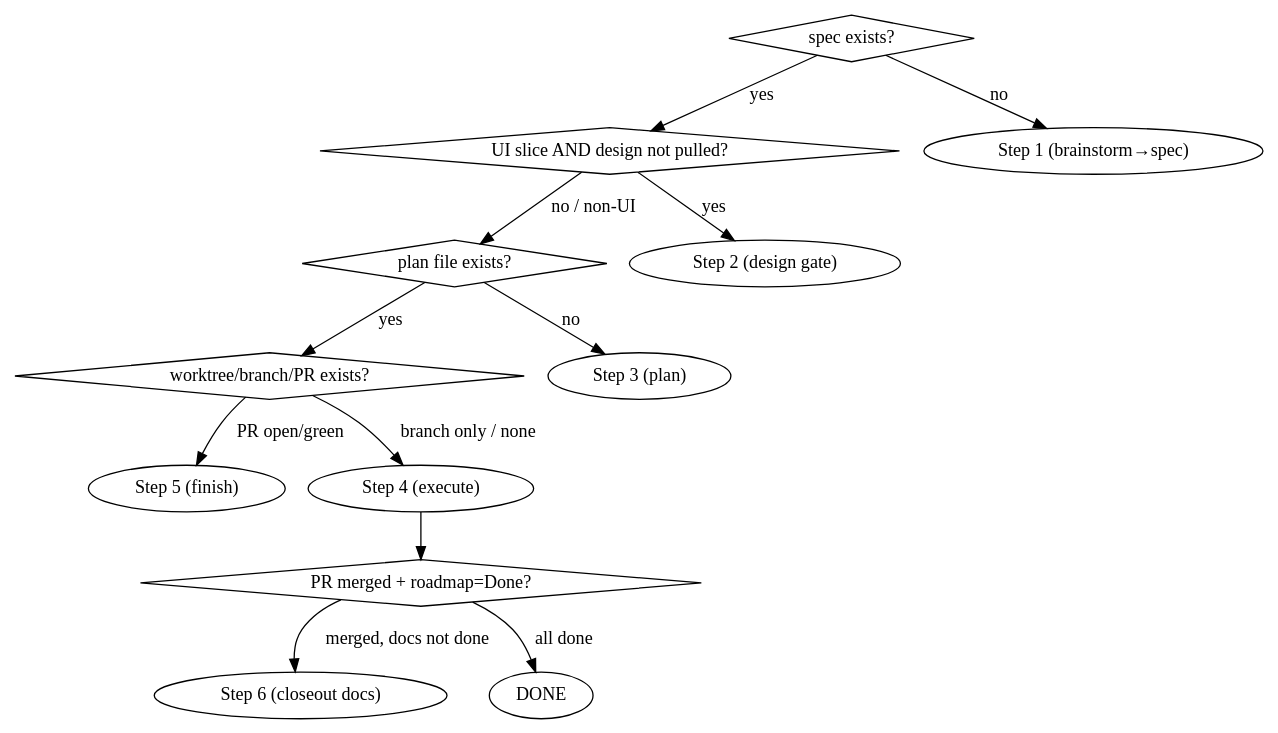
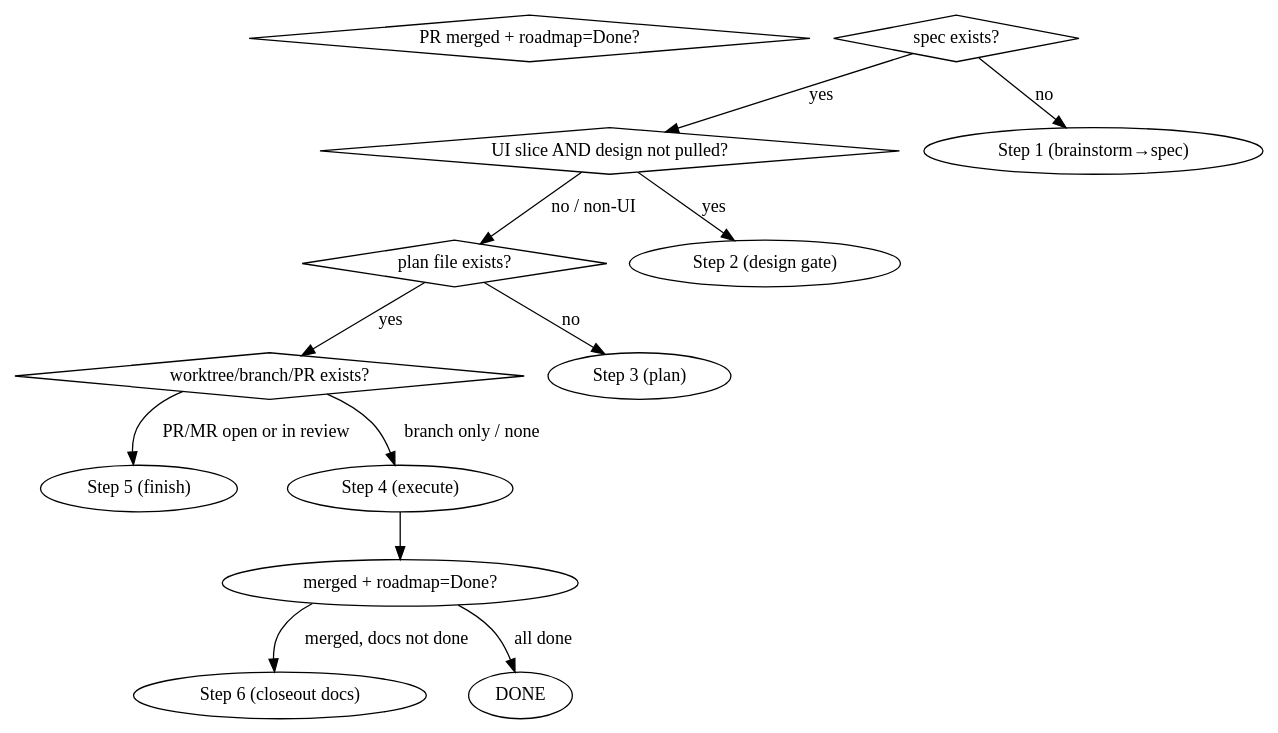
Before and after one commit to aki-chang-dev/elephant: the diagram in plugins/elephant/skills/ship-story/SKILL.md, drawn with Graphviz. The commit also changed 2 other files, not shown here.

Commit message:
polish: genericize residual AD/DesignSync/PR wording
decision_ref described as a generic decision-record id (not 'this AD's');
slice-template names a design tool generically (Claude Design / Figma);
Step 0 digraph uses PR/MR-neutral labels. Closes the last cosmetic
leftovers from the abstraction review.

````diff
--- a/plugins/elephant/skills/ship-story/SKILL.md
+++ b/plugins/elephant/skills/ship-story/SKILL.md
@@ -34,21 +34,21 @@
 ```dot
 digraph phase_detect {
   "PR merged + roadmap=Done?" [shape=diamond];
   "worktree/branch/PR exists?" [shape=diamond];
   "plan file exists?" [shape=diamond];
   "UI slice AND design not pulled?" [shape=diamond];
   "spec exists?" [shape=diamond];
 
   "spec exists?" -> "Step 1 (brainstorm→spec)" [label="no"];
   "spec exists?" -> "UI slice AND design not pulled?" [label="yes"];
   "UI slice AND design not pulled?" -> "Step 2 (design gate)" [label="yes"];
   "UI slice AND design not pulled?" -> "plan file exists?" [label="no / non-UI"];
   "plan file exists?" -> "Step 3 (plan)" [label="no"];
   "plan file exists?" -> "worktree/branch/PR exists?" [label="yes"];
-  "worktree/branch/PR exists?" -> "Step 5 (finish)" [label="PR open/green"];
+  "worktree/branch/PR exists?" -> "Step 5 (finish)" [label="PR/MR open or in review"];
   "worktree/branch/PR exists?" -> "Step 4 (execute)" [label="branch only / none"];
-  "Step 4 (execute)" -> "PR merged + roadmap=Done?";
-  "PR merged + roadmap=Done?" -> "Step 6 (closeout docs)" [label="merged, docs not done"];
-  "PR merged + roadmap=Done?" -> "DONE" [label="all done"];
+  "Step 4 (execute)" -> "merged + roadmap=Done?";
+  "merged + roadmap=Done?" -> "Step 6 (closeout docs)" [label="merged, docs not done"];
+  "merged + roadmap=Done?" -> "DONE" [label="all done"];
 }
 ```
````
